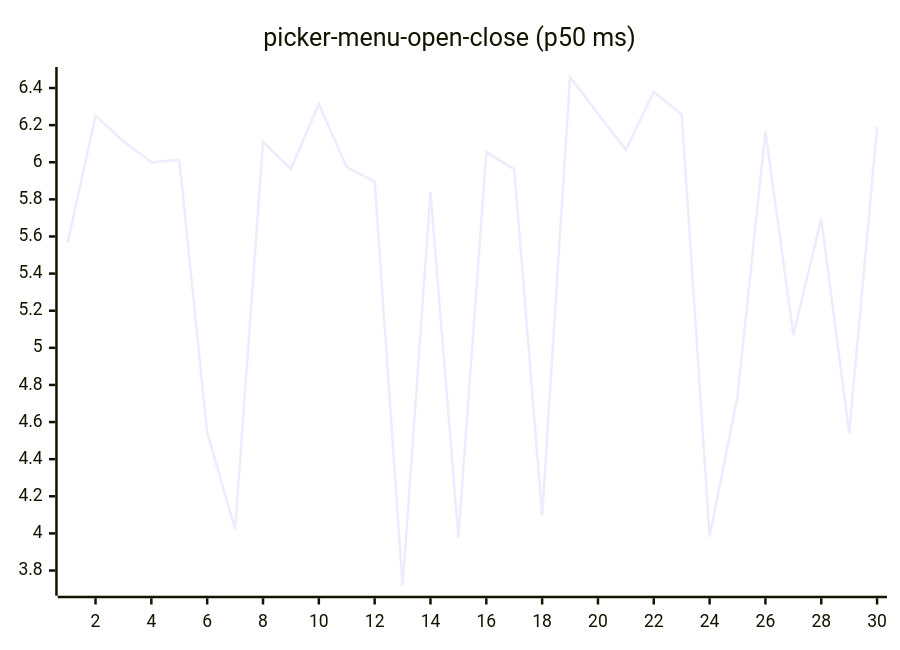
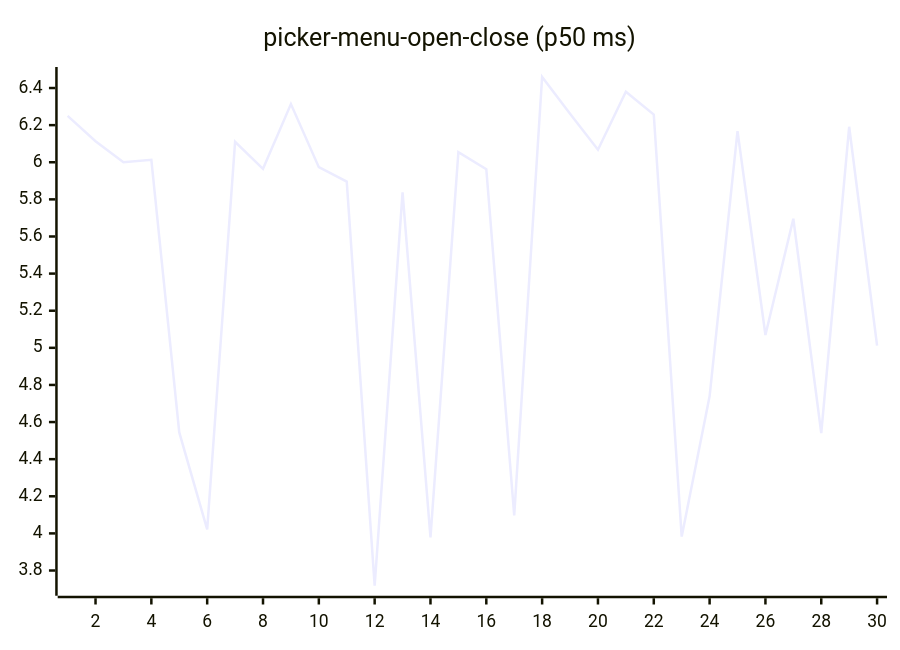
Diagram 16 of 27 in README.md (josha/Facet), drawn with Mermaid before and after one commit. The commit also changed other lines of this file and 2 other files, not shown here.

````diff
--- a/README.md
+++ b/README.md
@@ -168,6 +168,6 @@
 ```mermaid
 xychart-beta
     title "picker-menu-open-close (p50 ms)"
     x-axis 1 --> 30
-    line [5.5656, 6.2500, 6.1133, 6.0006, 6.0128, 4.5439, 4.0216, 6.1100, 5.9646, 6.3137, 5.9733, 5.8960, 3.7179, 5.8378, 3.9788, 6.0543, 5.9629, 4.0972, 6.4594, 6.2618, 6.0678, 6.3801, 6.2569, 3.9826, 4.7388, 6.1676, 5.0690, 5.6954, 4.5402, 6.1912]
+    line [6.2500, 6.1133, 6.0006, 6.0128, 4.5439, 4.0216, 6.1100, 5.9646, 6.3137, 5.9733, 5.8960, 3.7179, 5.8378, 3.9788, 6.0543, 5.9629, 4.0972, 6.4594, 6.2618, 6.0678, 6.3801, 6.2569, 3.9826, 4.7388, 6.1676, 5.0690, 5.6954, 4.5402, 6.1912, 5.0120]
 ```
````
